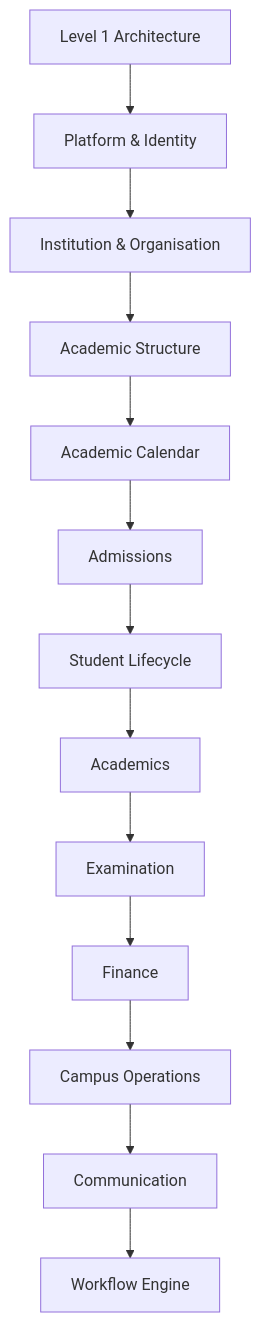
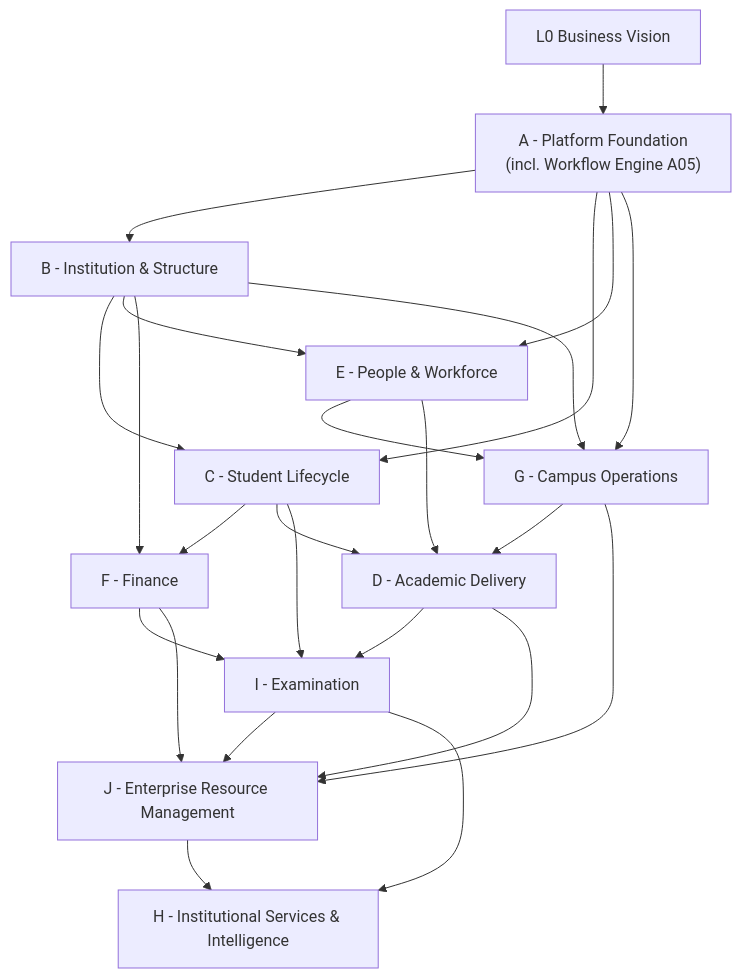
One commit to Varad1604/ERP_hark changed diagram 42 of 42 in architecture/L1_Business_Domain_Architecture/SutraERP_L1_Business_Domain_Architecture_Locked.md. Above: the diagram before and after it, drawn with Mermaid. The commit also changed other lines of this file and 10 other files, not shown here.

````diff
--- a/architecture/L1_Business_Domain_Architecture/SutraERP_L1_Business_Domain_Architecture_Locked.md
+++ b/architecture/L1_Business_Domain_Architecture/SutraERP_L1_Business_Domain_Architecture_Locked.md
@@ -3134,29 +3158,28 @@
 ```mermaid
 flowchart TD
 
-L1["Level 1 Architecture"]
+L0["L0 Business Vision"] --> A["A - Platform Foundation<br/>(incl. Workflow Engine A05)"]
 
--->A["Platform & Identity"]
-
--->B["Institution & Organisation"]
-
--->C["Academic Structure"]
-
--->D["Academic Calendar"]
-
--->E["Admissions"]
-
--->F["Student Lifecycle"]
-
--->G["Academics"]
-
--->H["Examination"]
-
--->I["Finance"]
-
--->J["Campus Operations"]
-
--->K["Communication"]
-
--->L["Workflow Engine"]
+A --> B["B - Institution & Structure"]
+A --> C["C - Student Lifecycle"]
+A --> E["E - People & Workforce"]
+B --> C
+B --> E
+B --> F["F - Finance"]
+C --> F
+A --> G["G - Campus Operations"]
+B --> G
+E --> G
+C --> D["D - Academic Delivery"]
+E --> D
+G --> D
+C --> I["I - Examination"]
+D --> I
+F --> I
+I --> J["J - Enterprise Resource Management"]
+F --> J
+G --> J
+D --> J
+J --> H["H - Institutional Services & Intelligence"]
+I --> H
 ```
````
